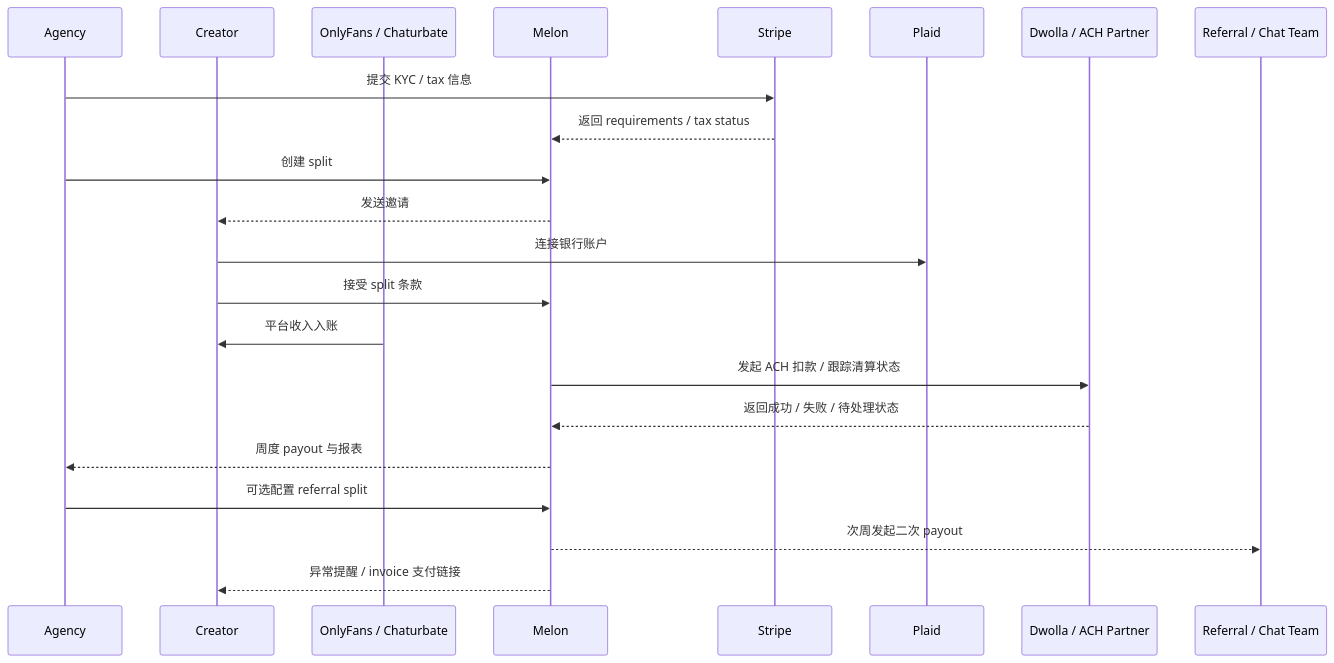
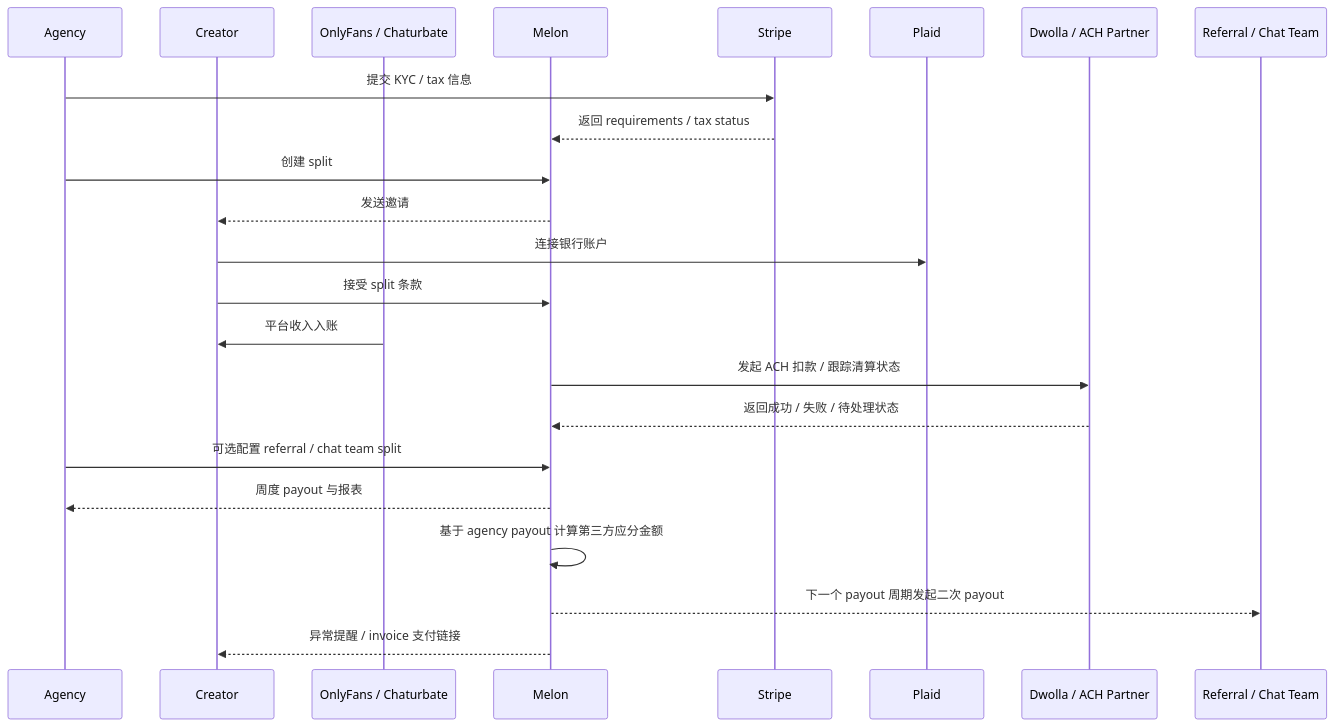
One commit to ryan-alexander-zhang/ryan-copilot changed the second of 2 diagrams in reports/melon/summary.md. Above: the diagram before and after it, drawn with Mermaid. The commit also changed other lines of this file, not shown here.

````diff
--- a/reports/melon/summary.md
+++ b/reports/melon/summary.md
@@ -116,25 +132,26 @@
 ```mermaid
 sequenceDiagram
   participant Agency as Agency
   participant Creator as Creator
   participant Platform as OnlyFans / Chaturbate
   participant Melon as Melon
   participant Stripe as Stripe
   participant Plaid as Plaid
   participant Dwolla as Dwolla / ACH Partner
   participant Referral as Referral / Chat Team
 
   Agency->>Stripe: 提交 KYC / tax 信息
   Stripe-->>Melon: 返回 requirements / tax status
   Agency->>Melon: 创建 split
   Melon-->>Creator: 发送邀请
   Creator->>Plaid: 连接银行账户
   Creator->>Melon: 接受 split 条款
   Platform->>Creator: 平台收入入账
   Melon->>Dwolla: 发起 ACH 扣款 / 跟踪清算状态
   Dwolla-->>Melon: 返回成功 / 失败 / 待处理状态
+  Agency->>Melon: 可选配置 referral / chat team split
   Melon-->>Agency: 周度 payout 与报表
-  Agency->>Melon: 可选配置 referral split
-  Melon-->>Referral: 次周发起二次 payout
+  Melon->>Melon: 基于 agency payout 计算第三方应分金额
+  Melon-->>Referral: 下一个 payout 周期发起二次 payout
   Melon-->>Creator: 异常提醒 / invoice 支付链接
 ```
````
